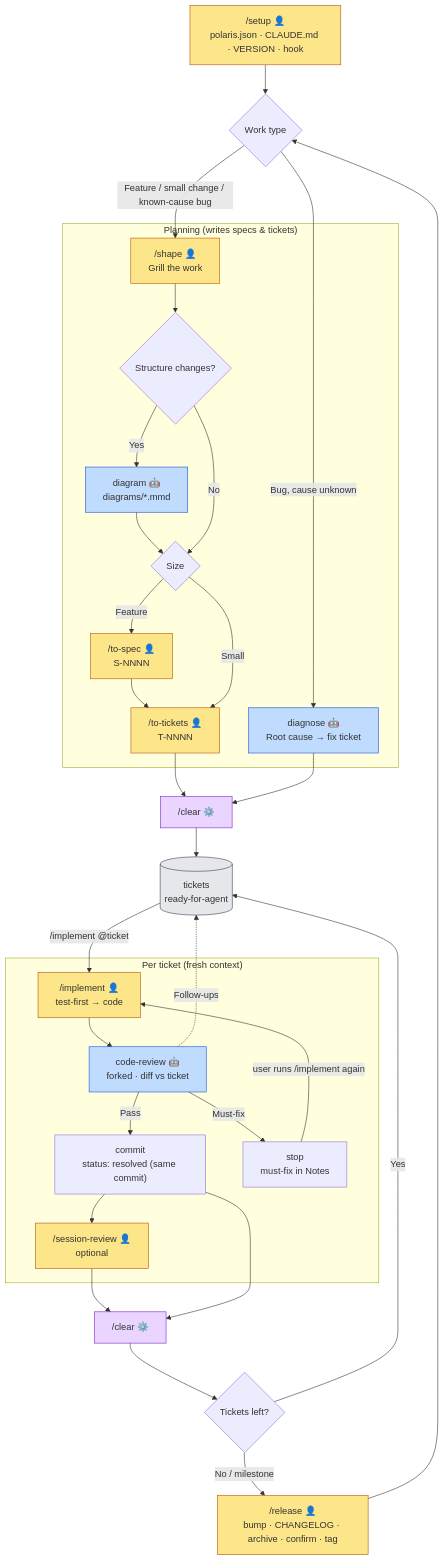
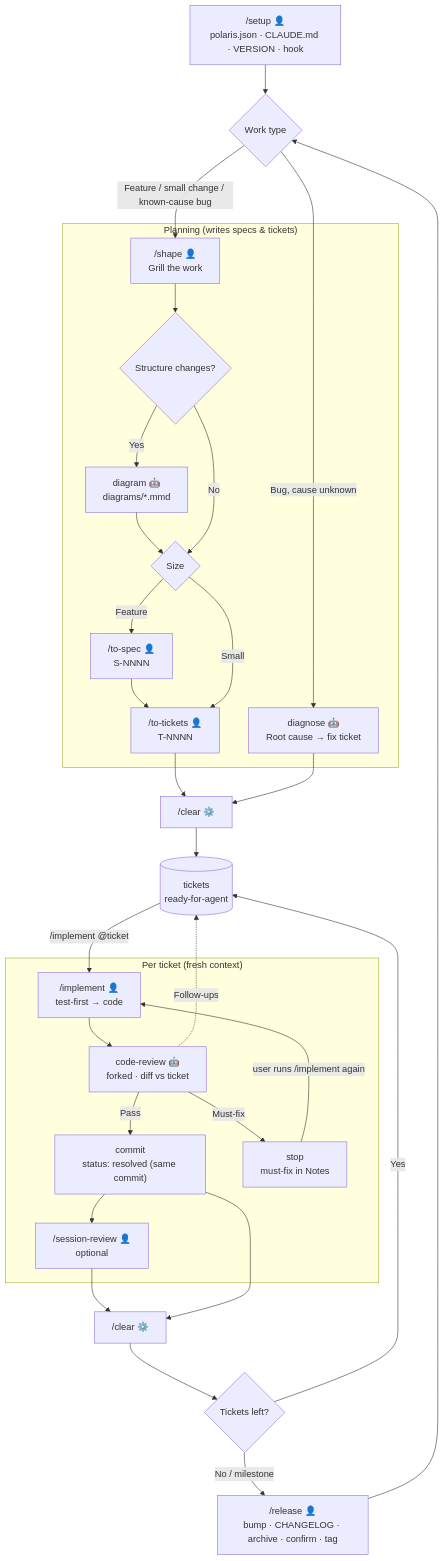
One commit to odhyp/skills changed the diagram in README.md. Above: the diagram before and after it, drawn with Mermaid. The commit also changed other lines of this file, not shown here.

````diff
--- a/README.md
+++ b/README.md
@@ -20,55 +20,46 @@
 ```mermaid
 flowchart TD
     A1["/setup 👤<br/>polaris.json · CLAUDE.md · VERSION · hook"] --> X0{"Work type"}
     X0 -->|"Feature / small change / known-cause bug"| B1
     X0 -->|"Bug, cause unknown"| B5
 
     subgraph B["Planning (writes specs & tickets)"]
         B1["/shape 👤<br/>Grill the work"]
         X2{"Structure changes?"}
         B4["diagram 🤖<br/>diagrams/*.mmd"]
         X1{"Size"}
         B2["/to-spec 👤<br/>S-NNNN"]
         B3["/to-tickets 👤<br/>T-NNNN"]
         B5["diagnose 🤖<br/>Root cause → fix ticket"]
         B1 --> X2
         X2 -->|"Yes"| B4 --> X1
         X2 -->|"No"| X1
         X1 -->|"Feature"| B2 --> B3
         X1 -->|"Small"| B3
     end
 
     B3 --> CL0["/clear ⚙️"]
     B5 --> CL0
     CL0 --> T[("tickets<br/>ready-for-agent")]
 
     subgraph C["Per ticket (fresh context)"]
         C1["/implement 👤<br/>test-first → code"]
         D1["code-review 🤖<br/>forked · diff vs ticket"]
         C2["commit<br/>status: resolved (same commit)"]
         C3["stop<br/>must-fix in Notes"]
         S1["/session-review 👤<br/>optional"]
         C1 --> D1
         D1 -->|"Pass"| C2
         D1 -->|"Must-fix"| C3
     end
 
     T -->|"/implement @ticket"| C1
     C3 -->|"user runs /implement again"| C1
     D1 -.->|"Follow-ups"| T
     C2 --> S1 --> CL["/clear ⚙️"]
     C2 --> CL
     CL --> X3{"Tickets left?"}
     X3 -->|"Yes"| T
     X3 -->|"No / milestone"| E1["/release 👤<br/>bump · CHANGELOG · archive · confirm · tag"]
     E1 --> X0
-
-    classDef manual fill:#fde68a,stroke:#b45309
-    classDef auto fill:#bfdbfe,stroke:#1d4ed8
-    classDef builtin fill:#e9d5ff,stroke:#7e22ce
-    classDef store fill:#e5e7eb,stroke:#374151
-    class A1,B1,B2,B3,C1,S1,E1 manual
-    class B4,B5,D1 auto
-    class CL,CL0 builtin
-    class T store
 ```
````
